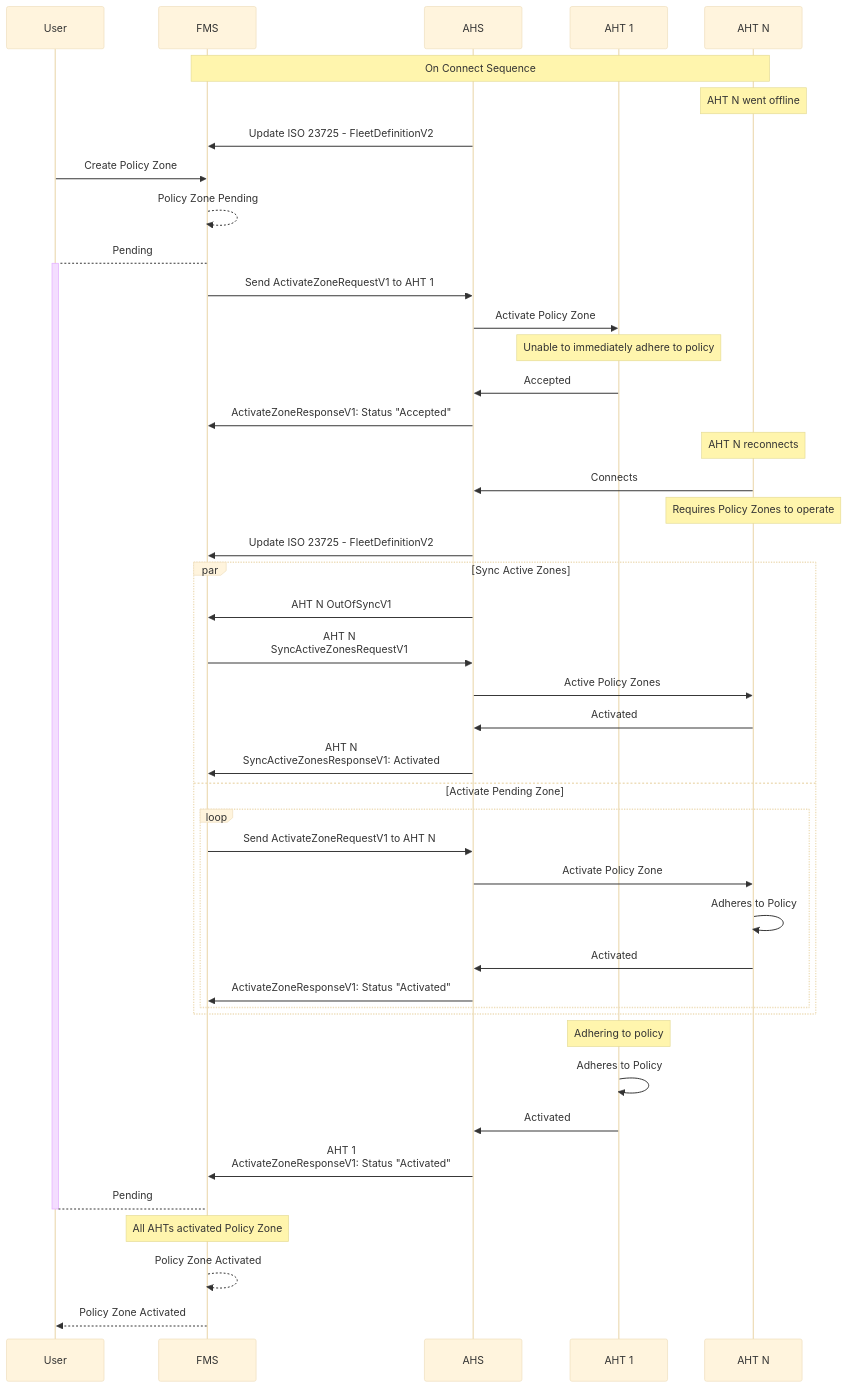
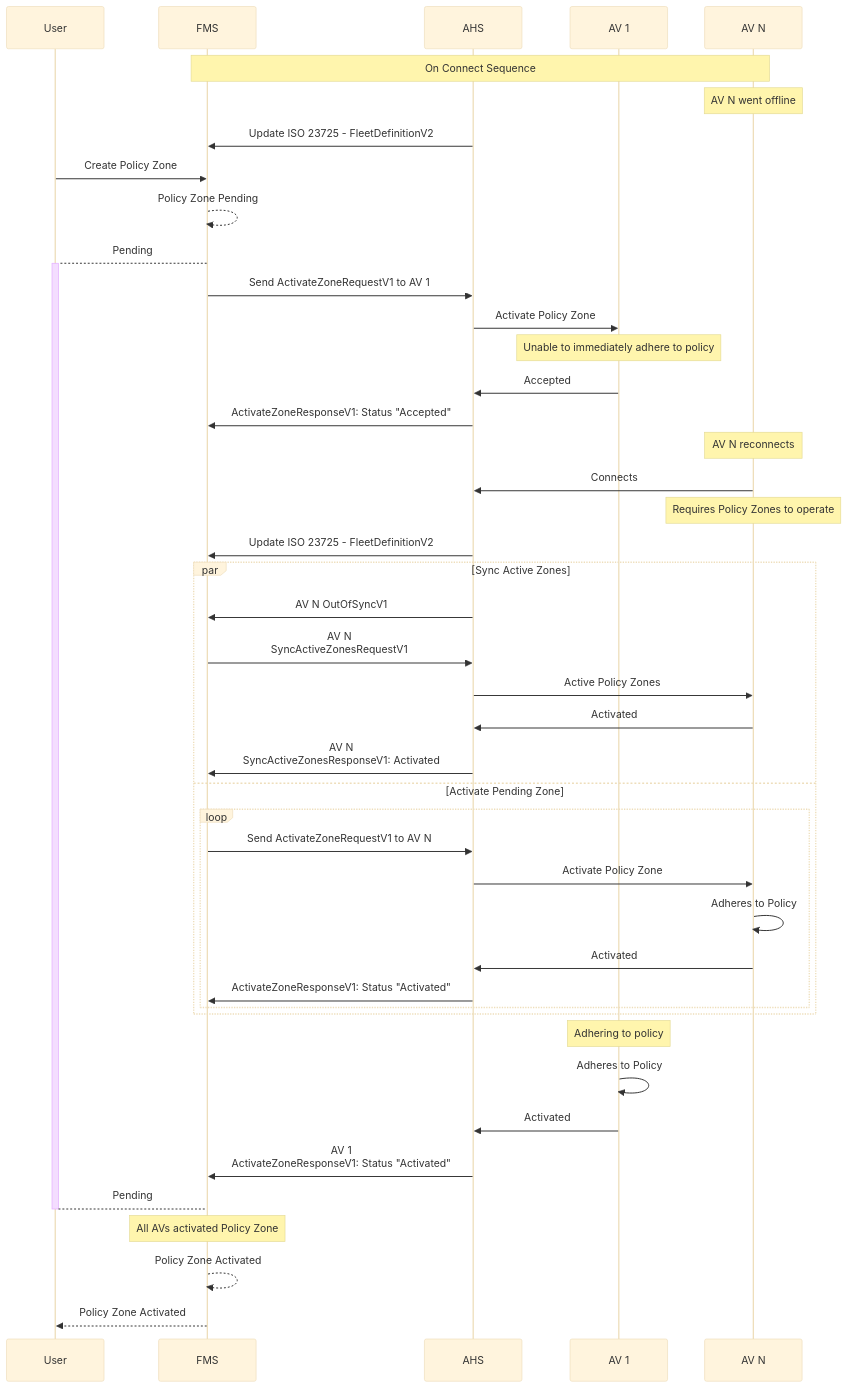
The second of 3 diagrams in diagram/Resynchronisation.md (open-autonomy/zone), drawn with Mermaid (base theme) before and after one commit. The commit also changed other lines of this file and 15 other files, not shown here.

````diff
--- a/diagram/Resynchronisation.md
+++ b/diagram/Resynchronisation.md
@@ -39,60 +39,60 @@
 ```mermaid
 sequenceDiagram
     participant User
     participant FMS
     participant AHS
-    participant AHT 1
-    participant AHT N
+    participant AV 1
+    participant AV N
 
-    Note over FMS,AHT N: On Connect Sequence
-    Note over AHT N: AHT N went offline
+    Note over FMS,AV N: On Connect Sequence
+    Note over AV N: AV N went offline
     AHS->>FMS: Update ISO 23725 - FleetDefinitionV2
 
     User->>FMS: Create Policy Zone
     FMS-->>FMS: Policy Zone Pending
     FMS-->+User: Pending
 
-    FMS->>AHS: Send ActivateZoneRequestV1 to AHT 1
-    AHS->>AHT 1: Activate Policy Zone
-    Note over AHT 1: Unable to immediately adhere to policy
-    AHT 1->>AHS: Accepted
+    FMS->>AHS: Send ActivateZoneRequestV1 to AV 1
+    AHS->>AV 1: Activate Policy Zone
+    Note over AV 1: Unable to immediately adhere to policy
+    AV 1->>AHS: Accepted
     AHS->>FMS: ActivateZoneResponseV1: Status "Accepted"
 
-    Note Over AHT N: AHT N reconnects
+    Note Over AV N: AV N reconnects
 
-    AHT N->>AHS: Connects
-    Note Over AHT N: Requires Policy Zones to operate
+    AV N->>AHS: Connects
+    Note Over AV N: Requires Policy Zones to operate
     AHS->>FMS: Update ISO 23725 - FleetDefinitionV2
 
     par Sync Active Zones
-        AHS->>FMS: AHT N OutOfSyncV1
+        AHS->>FMS: AV N OutOfSyncV1
 
-        FMS->>AHS: AHT N <br/> SyncActiveZonesRequestV1
-        AHS->>AHT N: Active Policy Zones
+        FMS->>AHS: AV N <br/> SyncActiveZonesRequestV1
+        AHS->>AV N: Active Policy Zones
 
-        AHT N->>AHS: Activated
+        AV N->>AHS: Activated
 
-        AHS->>FMS: AHT N <br/> SyncActiveZonesResponseV1: Activated
+        AHS->>FMS: AV N <br/> SyncActiveZonesResponseV1: Activated
     and Activate Pending Zone
         loop
-            FMS->>AHS: Send ActivateZoneRequestV1 to AHT N
-            AHS->>AHT N: Activate Policy Zone
-            AHT N->>AHT N: Adheres to Policy
-            AHT N->>AHS: Activated
+            FMS->>AHS: Send ActivateZoneRequestV1 to AV N
+            AHS->>AV N: Activate Policy Zone
+            AV N->>AV N: Adheres to Policy
+            AV N->>AHS: Activated
             AHS->>FMS: ActivateZoneResponseV1: Status "Activated"
         end
     end
 
-    Note Over AHT 1: Adhering to policy
-    AHT 1->>AHT 1: Adheres to Policy
-    AHT 1->>AHS: Activated
-     AHS->>FMS: AHT 1 <br/> ActivateZoneResponseV1: Status "Activated"
+    Note Over AV 1: Adhering to policy
+    AV 1->>AV 1: Adheres to Policy
+    AV 1->>AHS: Activated
+     AHS->>FMS: AV 1 <br/> ActivateZoneResponseV1: Status "Activated"
 
 
     User-->-FMS: Pending
 
-    Note Over FMS: All AHTs activated Policy Zone
+    Note Over FMS: All AVs activated Policy Zone
     FMS-->>FMS: Policy Zone Activated
 
     FMS-->>User: Policy Zone Activated
 ```
````
